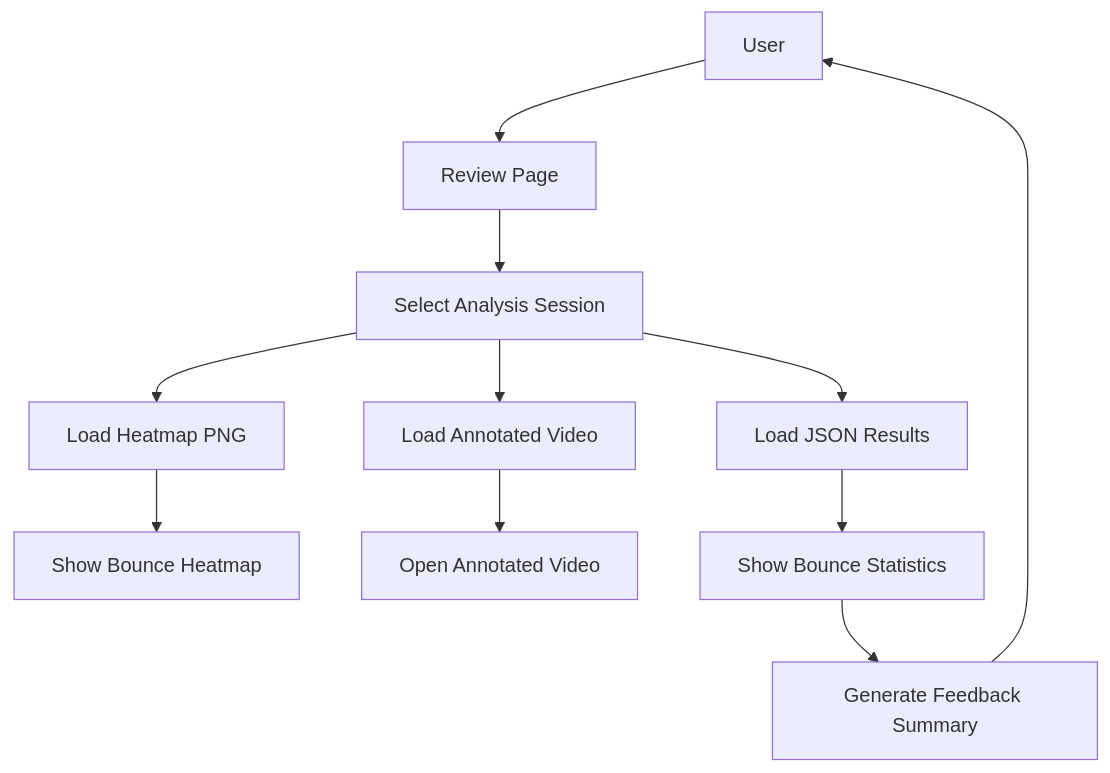
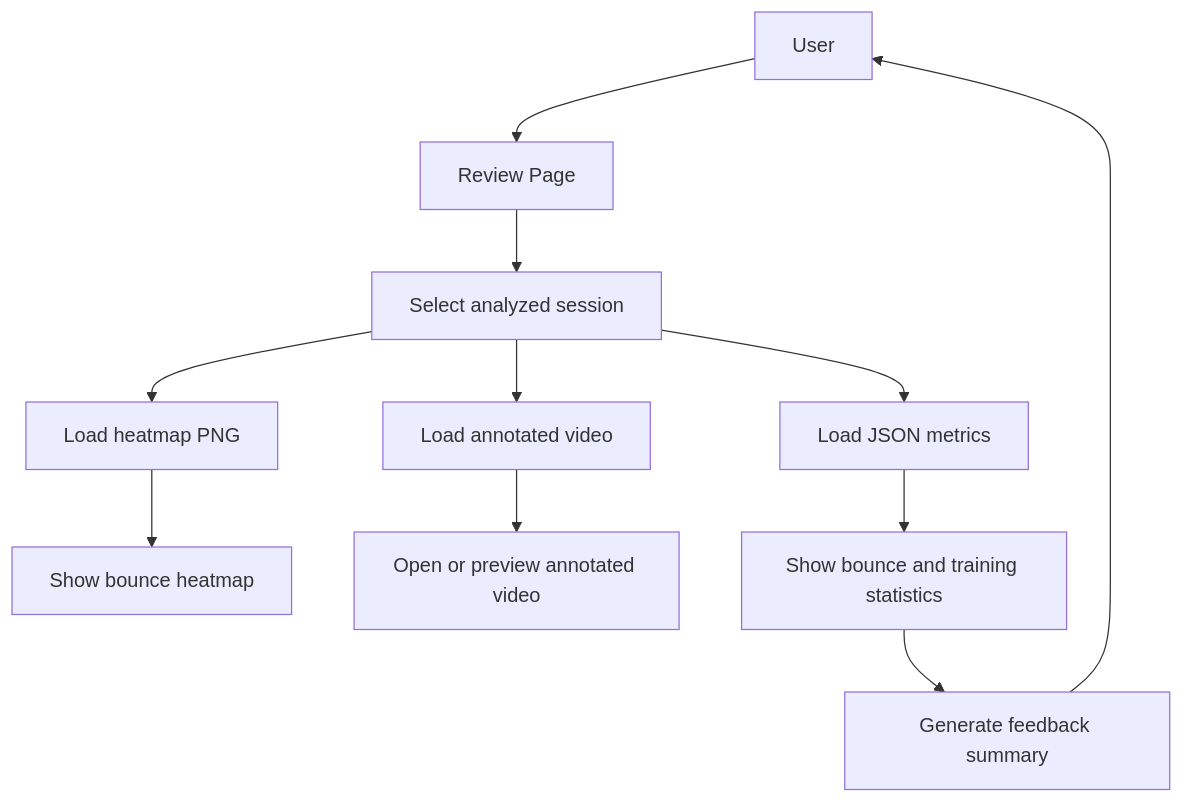
The second of 2 diagrams in jetson/docs/review_workflow.md (CoulterRolph/Capstone_Opencv), drawn with Mermaid before and after one commit. The commit also changed other lines of this file and 4 other files, not shown here.

````diff
--- a/jetson/docs/review_workflow.md
+++ b/jetson/docs/review_workflow.md
@@ -236,16 +166,16 @@
 ```mermaid
 flowchart TD
     User[User] --> ReviewPage[Review Page]
 
-    ReviewPage --> SelectSession[Select Analysis Session]
-    SelectSession --> LoadHeatmap[Load Heatmap PNG]
-    SelectSession --> LoadAnnotated[Load Annotated Video]
-    SelectSession --> LoadJson[Load JSON Results]
+    ReviewPage --> SelectSession[Select analyzed session]
+    SelectSession --> LoadHeatmap[Load heatmap PNG]
+    SelectSession --> LoadVideo[Load annotated video]
+    SelectSession --> LoadJson[Load JSON metrics]
 
-    LoadHeatmap --> ShowHeatmap[Show Bounce Heatmap]
-    LoadAnnotated --> OpenVideo[Open Annotated Video]
-    LoadJson --> Stats[Show Bounce Statistics]
+    LoadHeatmap --> ShowHeatmap[Show bounce heatmap]
+    LoadVideo --> ShowVideo[Open or preview annotated video]
+    LoadJson --> Stats[Show bounce and training statistics]
 
-    Stats --> Feedback[Generate Feedback Summary]
+    Stats --> Feedback[Generate feedback summary]
     Feedback --> User
 ```
````
